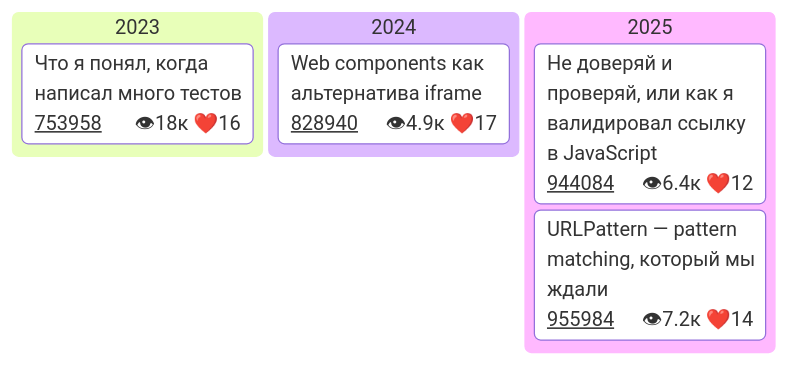
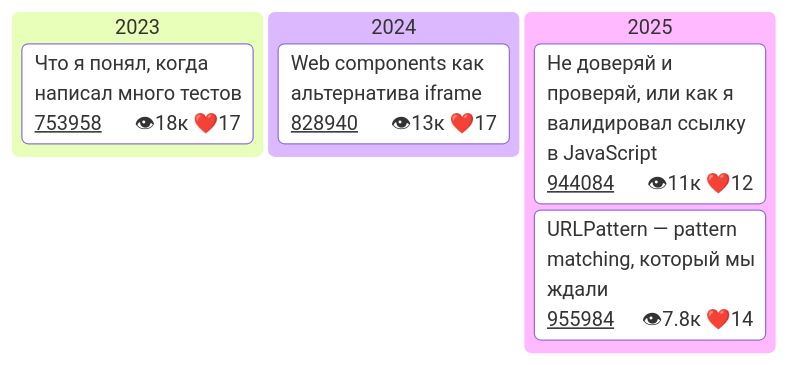
Before and after one commit to Goodzonchik/Goodzonchik: the fourth of 4 diagrams in README.md, drawn with Mermaid.

````diff
--- a/README.md
+++ b/README.md
@@ -53,28 +53,28 @@
 ```mermaid
 ---
 config:
   kanban:
     ticketBaseUrl: 'https://habr.com/ru/companies/tbank/articles/#TICKET#'
 
 ---
 kanban
   2023
     card1["Что я понял, когда написал много тестов"]@{
       ticket: 753958
-      assigned: 👁18к ❤️16
+      assigned: 👁18к ❤️17
     }
   2024
     card2["Web components как альтернатива iframe"]@{
       ticket: 828940
-      assigned: 👁4.9к ❤️17
+      assigned: 👁13к ❤️17
     }
   2025
     card3["Не доверяй и проверяй, или как я валидировал ссылку в JavaScript"]@{
       ticket: 944084
-      assigned: 👁6.4к ❤️12
+      assigned: 👁11к ❤️12
     }
    card4["URLPattern — pattern matching, который мы ждали"]@{
       ticket: 955984
-      assigned: 👁7.2к ❤️14
+      assigned: 👁7.8к ❤️14
     }
 ```
````
